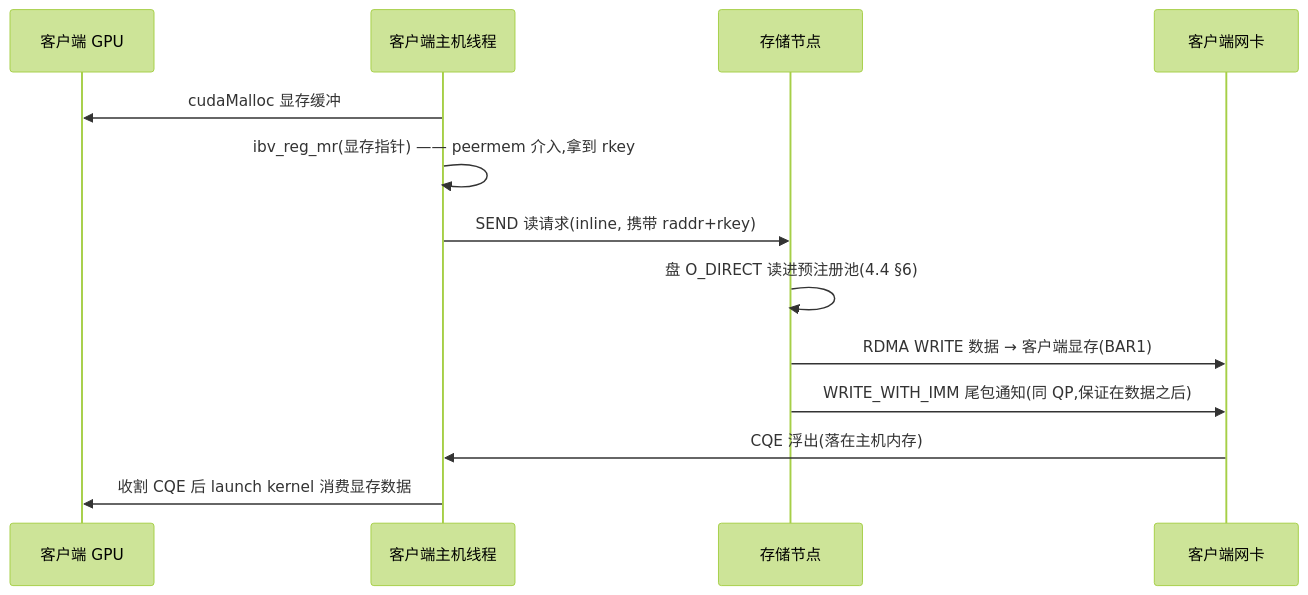
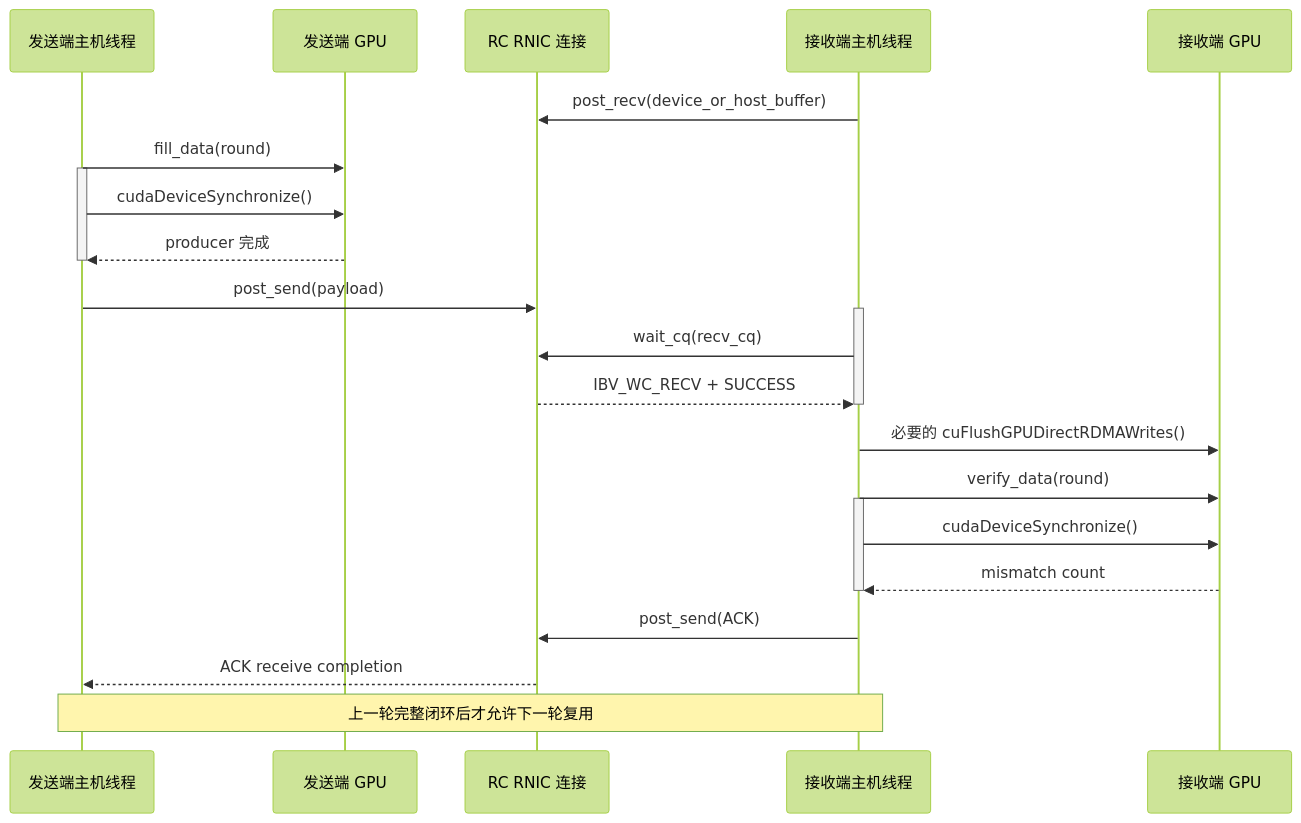
Before and after one commit to 495229520/obsidian_notes: the first of 6 diagrams in 8.高性能存储/8. AI GPU 数据路径/8.12 GPUDirect RDMA.md, drawn with Mermaid (forest theme). The commit also changed other lines of this file and 134 other files, not shown here.

Commit message:
Update study notes and diagrams

````diff
--- a/8.高性能存储/8. AI GPU 数据路径/8.12 GPUDirect RDMA.md
+++ b/8.高性能存储/8. AI GPU 数据路径/8.12 GPUDirect RDMA.md
@@ -125,16 +155,28 @@
 ```mermaid
 sequenceDiagram
-    participant GPU as 客户端 GPU
-    participant CL as 客户端主机线程
-    participant SN as 存储节点
-    participant NIC as 客户端网卡
-
-    CL->>GPU: cudaMalloc 显存缓冲
-    CL->>CL: ibv_reg_mr(显存指针) —— peermem 介入,拿到 rkey
-    CL->>SN: SEND 读请求(inline, 携带 raddr+rkey)
-    SN->>SN: 盘 O_DIRECT 读进预注册池(4.4 §6)
-    SN->>NIC: RDMA WRITE 数据 → 客户端显存(BAR1)
-    SN->>NIC: WRITE_WITH_IMM 尾包通知(同 QP,保证在数据之后)
-    NIC->>CL: CQE 浮出(落在主机内存)
-    CL->>GPU: 收割 CQE 后 launch kernel 消费显存数据
+    participant SC as 发送端主机线程
+    participant SG as 发送端 GPU
+    participant N as RC RNIC 连接
+    participant RC as 接收端主机线程
+    participant RG as 接收端 GPU
+    RC->>N: post_recv(device_or_host_buffer)
+    SC->>SG: fill_data(round)
+    activate SC
+    SC->>SG: cudaDeviceSynchronize()
+    SG-->>SC: producer 完成
+    deactivate SC
+    SC->>N: post_send(payload)
+    activate RC
+    RC->>N: wait_cq(recv_cq)
+    N-->>RC: IBV_WC_RECV + SUCCESS
+    deactivate RC
+    RC->>RG: 必要的 cuFlushGPUDirectRDMAWrites()
+    RC->>RG: verify_data(round)
+    activate RC
+    RC->>RG: cudaDeviceSynchronize()
+    RG-->>RC: mismatch count
+    deactivate RC
+    RC->>N: post_send(ACK)
+    N-->>SC: ACK receive completion
+    Note over SC,RC: 上一轮完整闭环后才允许下一轮复用
 ```
````
